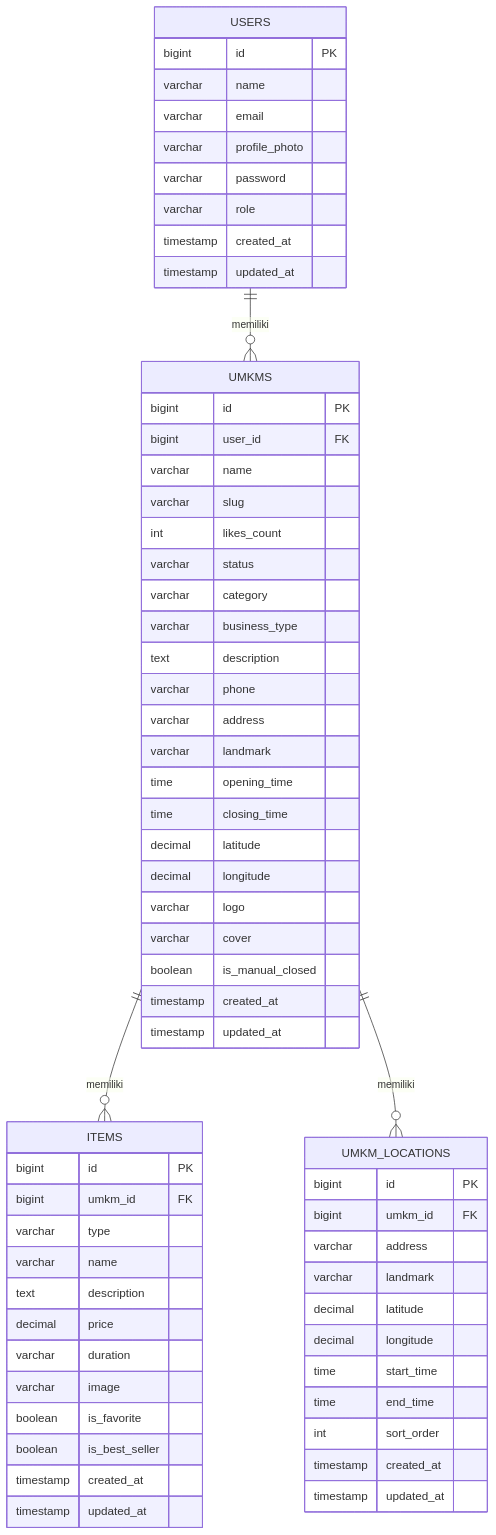
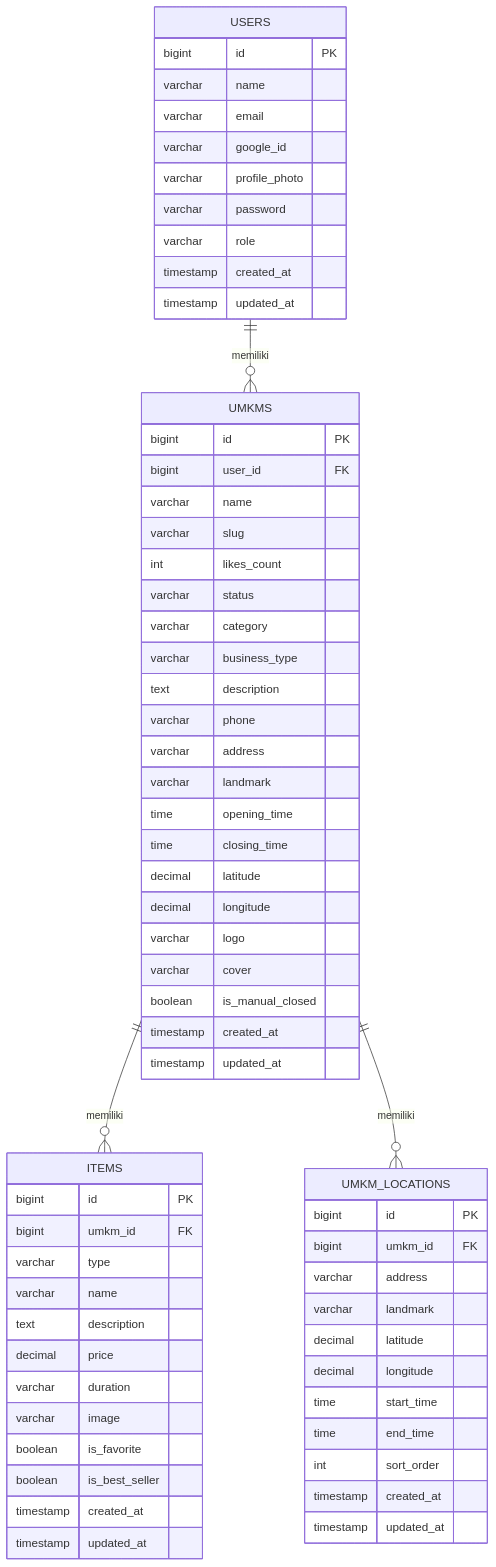
Before and after one commit to FathurrizqiRPL/UMKMKita: the second of 2 diagrams in README.md, drawn with Mermaid. The commit also changed other lines of this file and 12 other files, not shown here.

````diff
--- a/README.md
+++ b/README.md
@@ -230,70 +238,71 @@
 ```mermaid
 erDiagram
     USERS ||--o{ UMKMS : memiliki
     UMKMS ||--o{ ITEMS : memiliki
     UMKMS ||--o{ UMKM_LOCATIONS : memiliki
 
     USERS {
         bigint id PK
         varchar name
         varchar email
+        varchar google_id
         varchar profile_photo
         varchar password
         varchar role
         timestamp created_at
         timestamp updated_at
     }
 
     UMKMS {
         bigint id PK
         bigint user_id FK
         varchar name
         varchar slug
         int likes_count
         varchar status
         varchar category
         varchar business_type
         text description
         varchar phone
         varchar address
         varchar landmark
         time opening_time
         time closing_time
         decimal latitude
         decimal longitude
         varchar logo
         varchar cover
         boolean is_manual_closed
         timestamp created_at
         timestamp updated_at
     }
 
     ITEMS {
         bigint id PK
         bigint umkm_id FK
         varchar type
         varchar name
         text description
         decimal price
         varchar duration
         varchar image
         boolean is_favorite
         boolean is_best_seller
         timestamp created_at
         timestamp updated_at
     }
 
     UMKM_LOCATIONS {
         bigint id PK
         bigint umkm_id FK
         varchar address
         varchar landmark
         decimal latitude
         decimal longitude
         time start_time
         time end_time
         int sort_order
         timestamp created_at
         timestamp updated_at
     }
 ```
````
